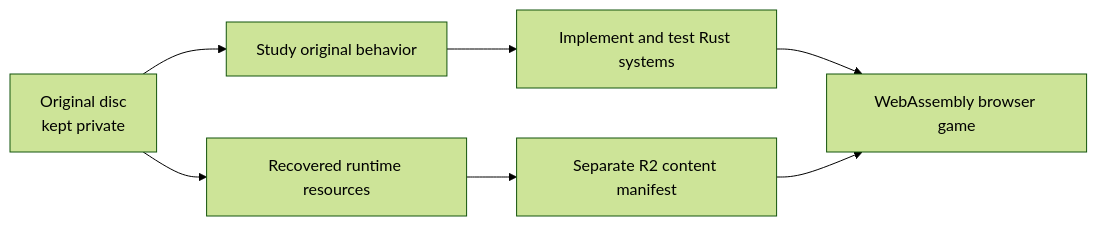
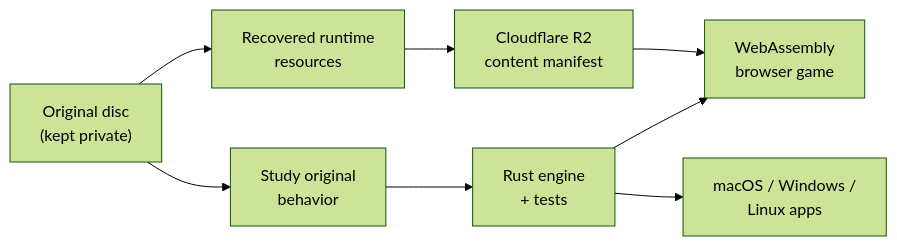
One commit to nrgapple/atv-offroad-fury-2-web changed the diagram in README.md. Above: the diagram before and after it, drawn with Mermaid (forest theme). The commit also changed other lines of this file and 8 other files, not shown here.

````diff
--- a/README.md
+++ b/README.md
@@ -102,9 +122,10 @@
 ```mermaid
 flowchart LR
-    disc["Original disc<br/>kept private"] --> assets["Recovered runtime resources"]
-    disc --> behavior["Study original behavior"]
-    behavior --> rust["Implement and test Rust systems"]
-    rust --> wasm["WebAssembly browser game"]
-    assets --> r2["Separate R2 content manifest"]
+    disc["Original disc<br/>(kept private)"] --> assets["Recovered runtime<br/>resources"]
+    disc --> behavior["Study original<br/>behavior"]
+    behavior --> rust["Rust engine<br/>+ tests"]
+    rust --> wasm["WebAssembly<br/>browser game"]
+    rust --> desktop["macOS / Windows /<br/>Linux apps"]
+    assets --> r2["Cloudflare R2<br/>content manifest"]
     r2 --> wasm
 ```
````
